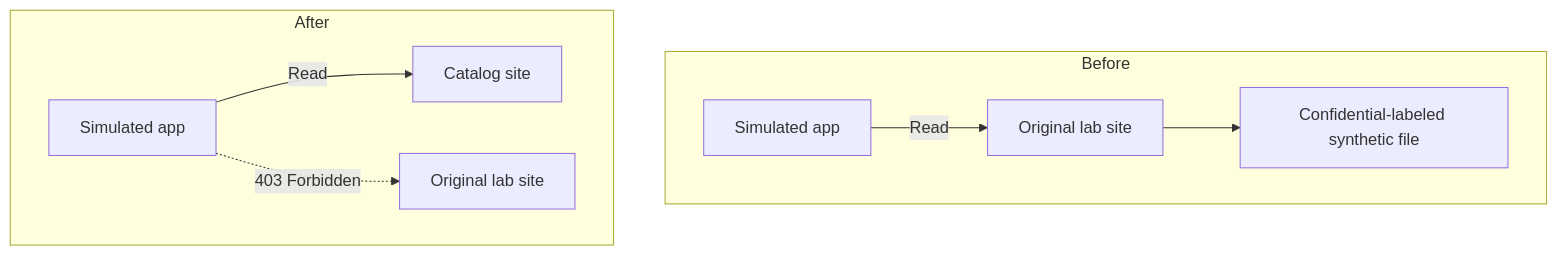
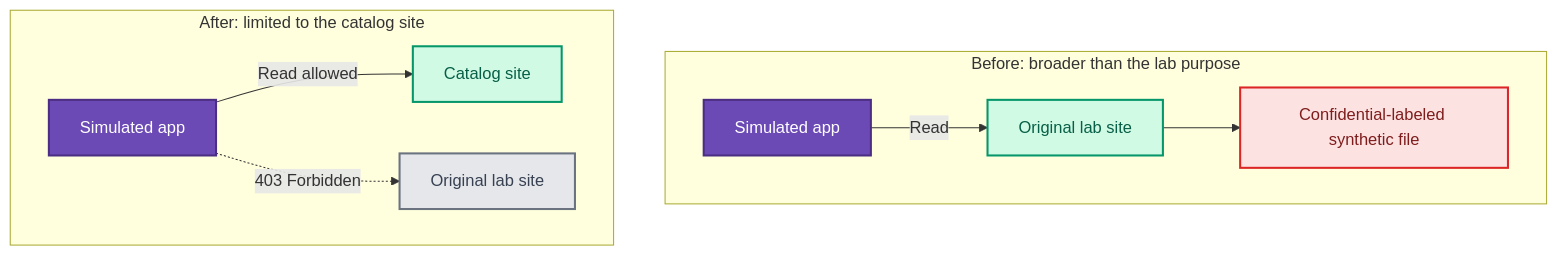
Before and after one commit to mahimakulkarnii/third-party-access-risk-lab: the second of 2 diagrams in README.md, drawn with Mermaid. The commit also changed other lines of this file, not shown here.

````diff
--- a/README.md
+++ b/README.md
@@ -42,11 +62,20 @@
 ```mermaid
 flowchart TB
-    subgraph Before
+    subgraph Before[Before: broader than the lab purpose]
         A[Simulated app] -->|Read| B[Original lab site]
         B --> C[Confidential-labeled synthetic file]
     end
-    subgraph After
-        D[Simulated app] -->|Read| E[Catalog site]
+    subgraph After[After: limited to the catalog site]
+        D[Simulated app] -->|Read allowed| E[Catalog site]
         D -.->|403 Forbidden| F[Original lab site]
     end
+
+    classDef app fill:#6C4AB6,color:#fff,stroke:#4B2E83,stroke-width:2px;
+    classDef allowed fill:#D1FAE5,color:#065F46,stroke:#059669,stroke-width:2px;
+    classDef sensitive fill:#FDE2E2,color:#7F1D1D,stroke:#DC2626,stroke-width:2px;
+    classDef blocked fill:#E5E7EB,color:#374151,stroke:#6B7280,stroke-width:2px;
+    class A,D app;
+    class B,E allowed;
+    class C sensitive;
+    class F blocked;
 ```
````
